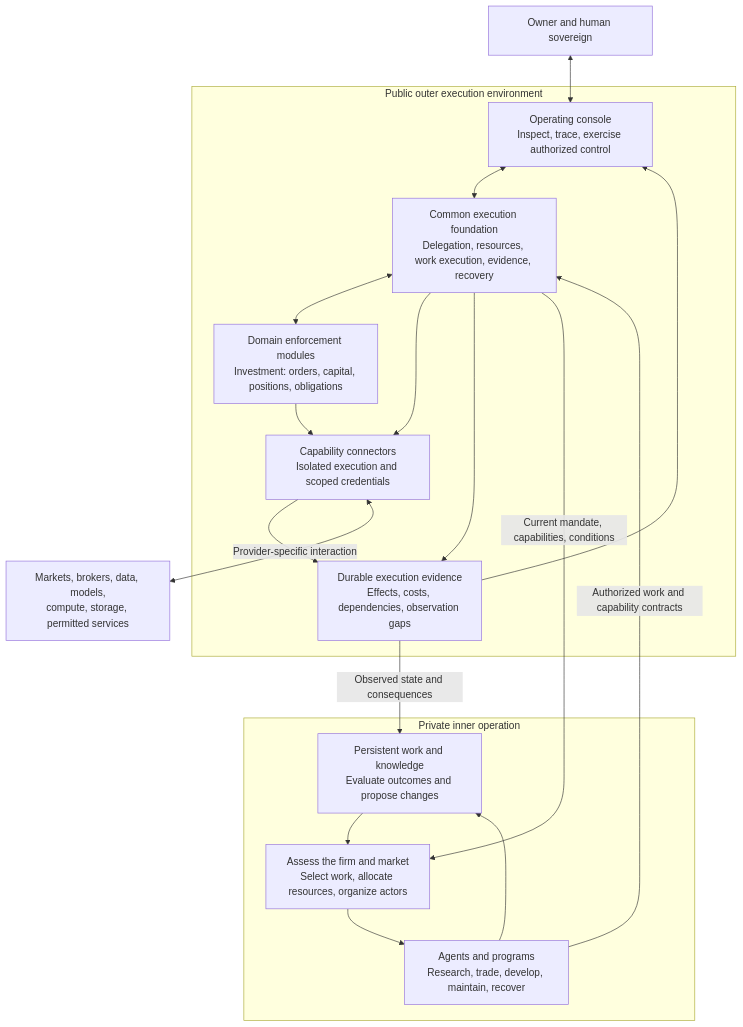
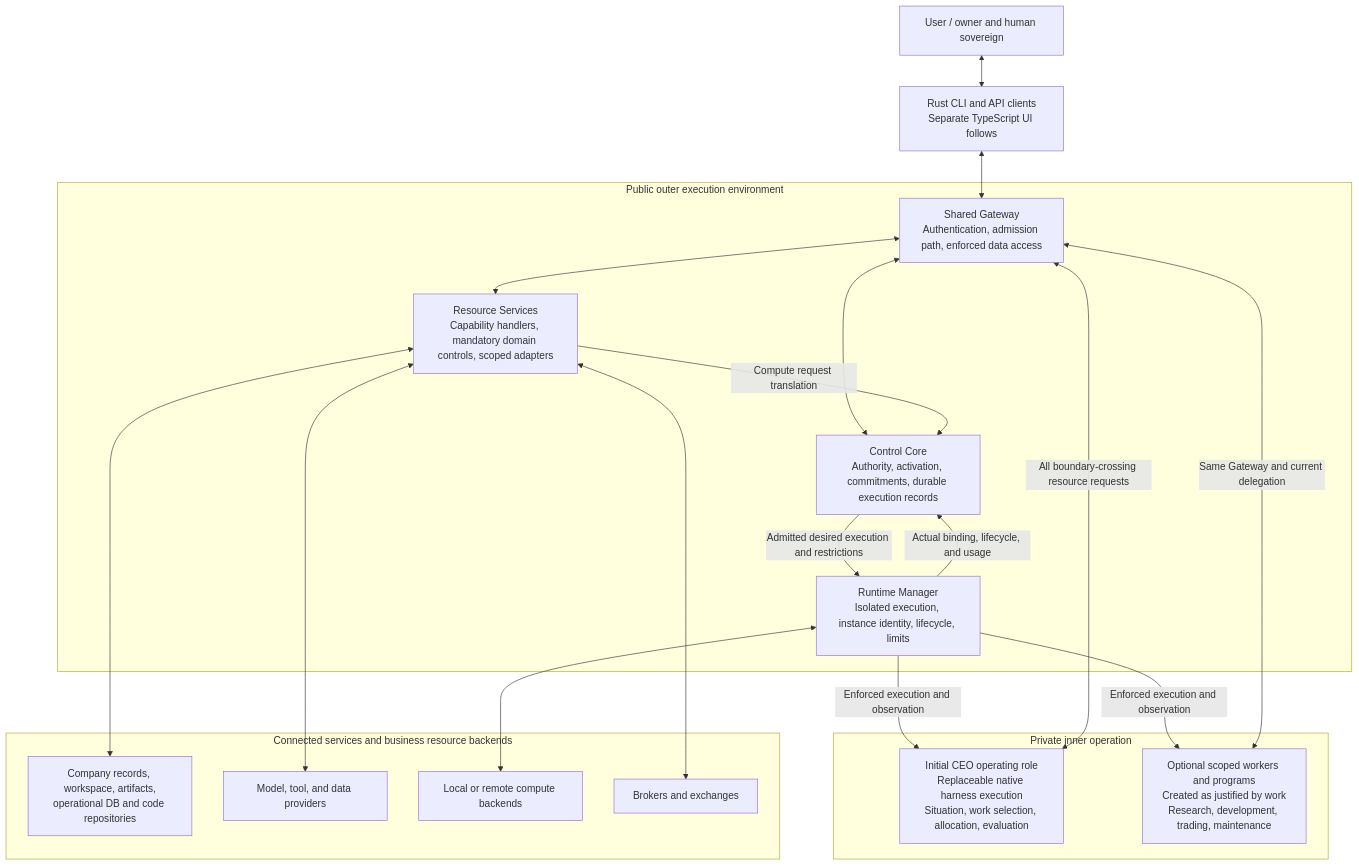
Before and after one commit to openboa-ai/ouroboros: the diagram in ARCHITECTURE.md, drawn with Mermaid. The commit also changed other lines of this file and 278 other files, not shown here.

First line of the commit message:
feat: add controlled Rust execution environment and responsibility-based CI (#265)

````diff
--- a/ARCHITECTURE.md
+++ b/ARCHITECTURE.md
@@ -51,31 +64,36 @@
 ```mermaid
 flowchart TB
-    OWNER["Owner and human sovereign"]
-    subgraph PRIVATE["Private inner operation"]
-        DECIDE["Assess the firm and market<br/>Select work, allocate resources, organize actors"]
-        WORK["Agents and programs<br/>Research, trade, develop, maintain, recover"]
-        LEARN["Persistent work and knowledge<br/>Evaluate outcomes and propose changes"]
-        DECIDE --> WORK
-        WORK --> LEARN
-        LEARN --> DECIDE
+    USER["User / owner and human sovereign"]
+    CLIENT["Rust CLI and API clients<br/>Separate TypeScript UI follows"]
+    subgraph OUTER["Public outer execution environment"]
+        GATEWAY["Shared Gateway<br/>Authentication, admission path, enforced data access"]
+        CORE["Control Core<br/>Authority, activation, commitments, durable execution records"]
+        RUNTIME["Runtime Manager<br/>Isolated execution, instance identity, lifecycle, limits"]
+        RESOURCE["Resource Services<br/>Capability handlers, mandatory domain controls, scoped adapters"]
+        GATEWAY <--> CORE
+        GATEWAY <--> RESOURCE
+        RESOURCE -->|Compute request translation| CORE
+        CORE -->|Admitted desired execution and restrictions| RUNTIME
+        RUNTIME -->|Actual binding, lifecycle, and usage| CORE
     end
-    subgraph PUBLIC["Public outer execution environment"]
-        CONSOLE["Operating console<br/>Inspect, trace, exercise authorized control"]
-        CORE["Common execution foundation<br/>Delegation, resources, work execution, evidence, recovery"]
-        DOMAIN["Domain enforcement modules<br/>Investment: orders, capital, positions, obligations"]
-        ADAPTER["Capability connectors<br/>Isolated execution and scoped credentials"]
-        RECORD["Durable execution evidence<br/>Effects, costs, dependencies, observation gaps"]
-        CONSOLE <--> CORE
-        CORE <--> DOMAIN
-        CORE --> ADAPTER
-        DOMAIN --> ADAPTER
-        CORE --> RECORD
-        ADAPTER --> RECORD
-        RECORD --> CONSOLE
+    subgraph INNER["Private inner operation"]
+        WORK["Initial CEO operating role<br/>Replaceable native harness execution<br/>Situation, work selection, allocation, evaluation"]
+        JOBS["Optional scoped workers and programs<br/>Created as justified by work<br/>Research, development, trading, maintenance"]
     end
-    OWNER <--> CONSOLE
-    WORK -->|Authorized work and capability contracts| CORE
-    CORE -->|Current mandate, capabilities, conditions| DECIDE
-    RECORD -->|Observed state and consequences| LEARN
-    ADAPTER <-->|Provider-specific interaction| WORLD["Markets, brokers, data, models,<br/>compute, storage, permitted services"]
+    subgraph EXTERNAL["Connected services and business resource backends"]
+        DATA["Company records, workspace, artifacts,<br/>operational DB and code repositories"]
+        MODELS["Model, tool, and data providers"]
+        COMPUTE["Local or remote compute backends"]
+        MARKETS["Brokers and exchanges"]
+    end
+    USER <--> CLIENT
+    CLIENT <--> GATEWAY
+    WORK <-->|All boundary-crossing resource requests| GATEWAY
+    JOBS <-->|Same Gateway and current delegation| GATEWAY
+    RUNTIME -->|Enforced execution and observation| WORK
+    RUNTIME -->|Enforced execution and observation| JOBS
+    RESOURCE <--> DATA
+    RESOURCE <--> MODELS
+    RESOURCE <--> MARKETS
+    RUNTIME <--> COMPUTE
 ```
````
